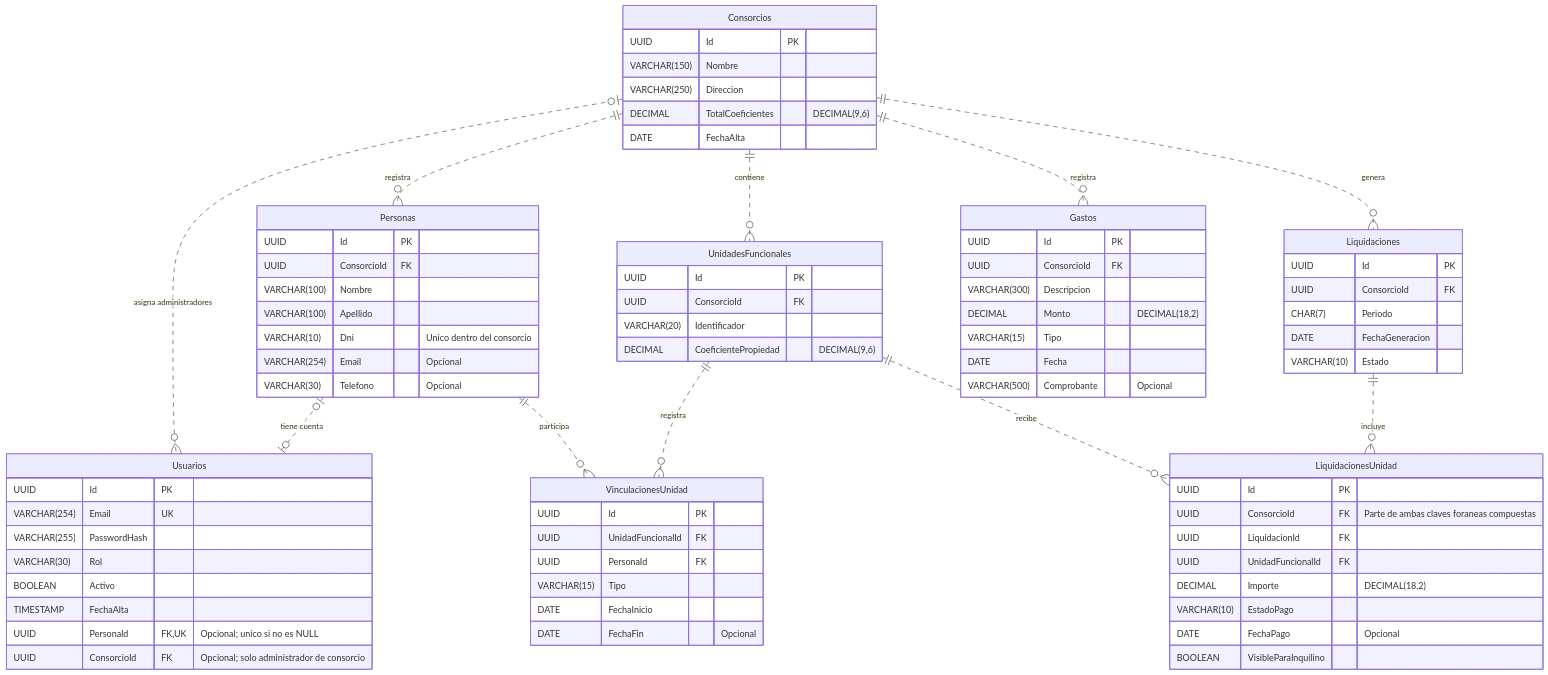
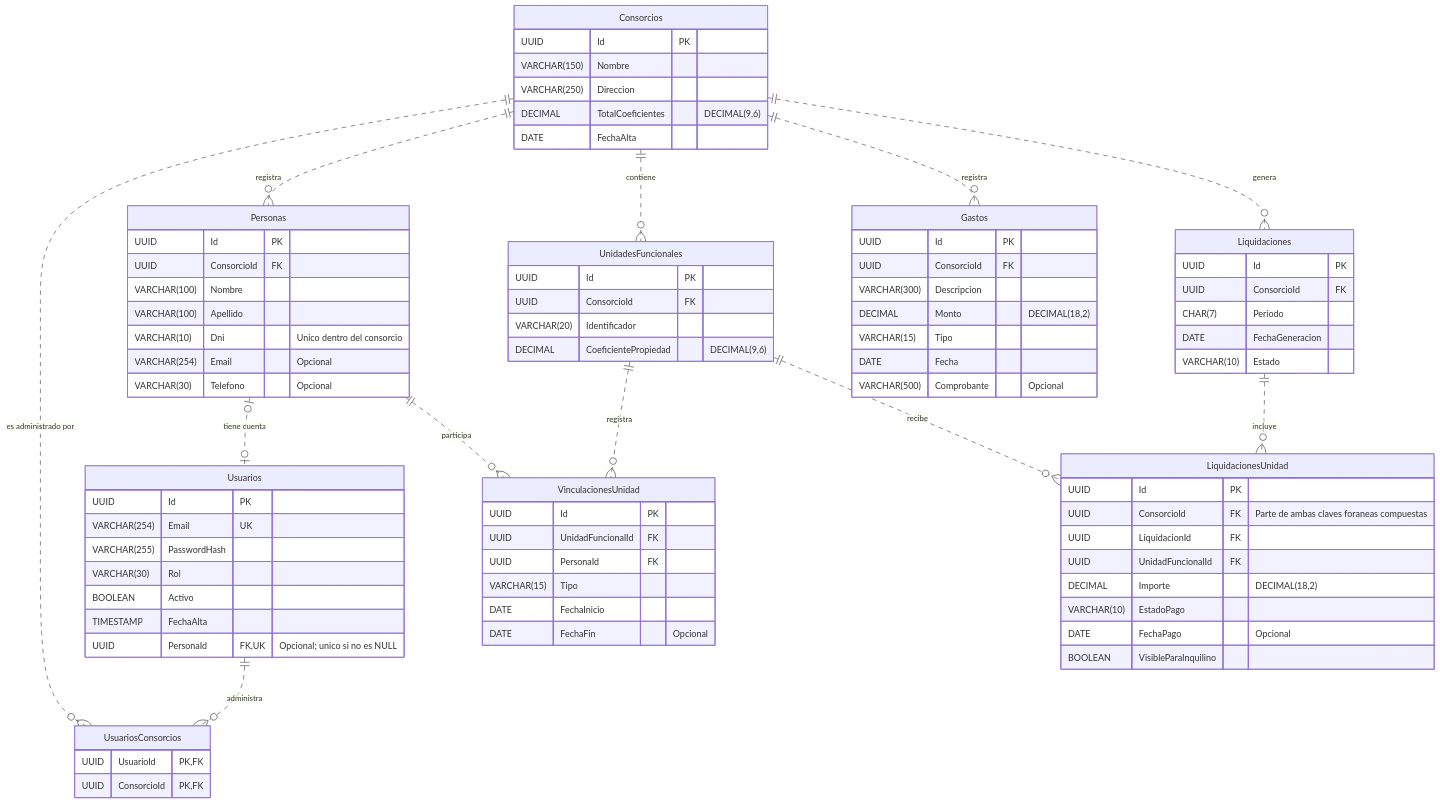
One commit to gonzilla2021/sistema-administracion-consorcios changed the diagram in database/diagrama-entidad-relacion.md. Above: the diagram before and after it, drawn with Mermaid. The commit also changed other lines of this file and 20 other files, not shown here.

First line of the commit message:
Los administradores pueden tener varios consorcios o ninguno

```diff
--- a/database/diagrama-entidad-relacion.md
+++ b/database/diagrama-entidad-relacion.md
@@ -13,7 +13,8 @@
 erDiagram
     direction TB
 
-    Consorcios |o..o{ Usuarios : "asigna administradores"
+    Consorcios ||..o{ UsuariosConsorcios : "es administrado por"
+    Usuarios ||..o{ UsuariosConsorcios : "administra"
     Personas |o..o| Usuarios : "tiene cuenta"
     Consorcios ||..o{ Personas : "registra"
     Consorcios ||..o{ UnidadesFuncionales : "contiene"
@@ -40,7 +41,11 @@
         BOOLEAN Activo
         TIMESTAMP FechaAlta
         UUID PersonaId FK, UK "Opcional; unico si no es NULL"
-        UUID ConsorcioId FK "Opcional; solo administrador de consorcio"
+    }
+
+    UsuariosConsorcios {
+        UUID UsuarioId PK, FK
+        UUID ConsorcioId PK, FK
     }
 
     Personas {
```
